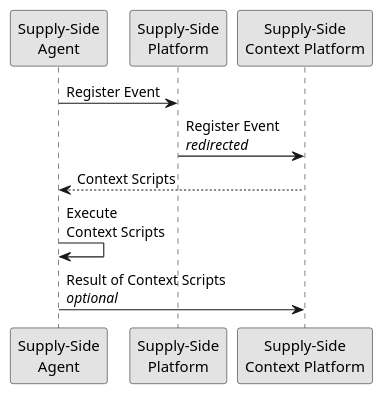
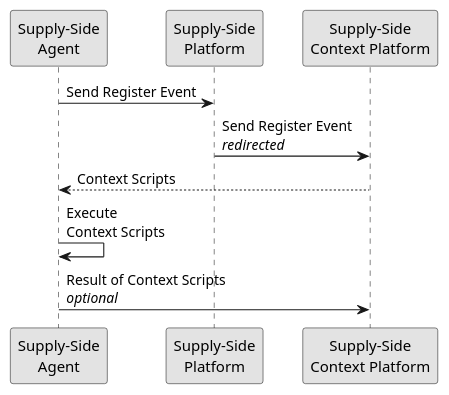
One commit to adshares/adshares-docs changed the diagram in protocol/impressions/user_navigates.rst. Above: the diagram before and after it, drawn with PlantUML. The commit also changed 26 other files, not shown here.

```diff
--- a/protocol/impressions/user_navigates.rst
+++ b/protocol/impressions/user_navigates.rst
@@ -7,14 +7,14 @@
 .. uml::
     :align: center
 
     skinparam monochrome true
 
     participant "Supply-Side\nAgent"                as SSA
     participant "Supply-Side\nPlatform"             as SSP
     participant "Supply-Side\nContext Platform"     as SSCP
 
-    SSA -> SSP : Register Event
-    SSP -> SSCP : Register Event\n//redirected//
-    SSCP --> SSA: Context Scripts
-    SSA -> SSA: Execute\nContext Scripts
-    SSA -> SSCP: Result of Context Scripts\n//optional//
+    SSA ->      SSP     : Send Register Event
+    SSP ->      SSCP    : Send Register Event\n//redirected//
+    SSCP -->    SSA     : Context Scripts
+    SSA ->      SSA     : Execute\nContext Scripts
+    SSA ->      SSCP    : Result of Context Scripts\n//optional//
```
